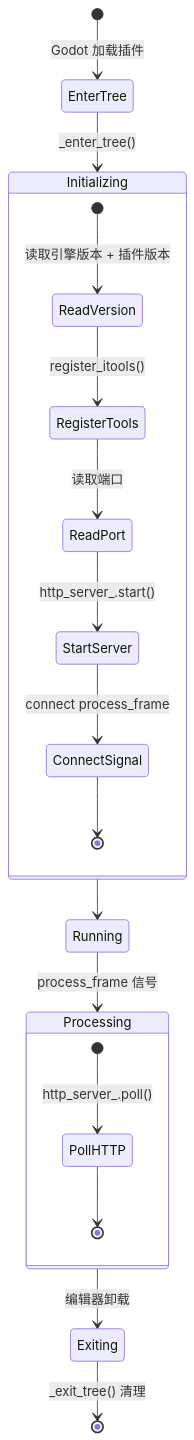
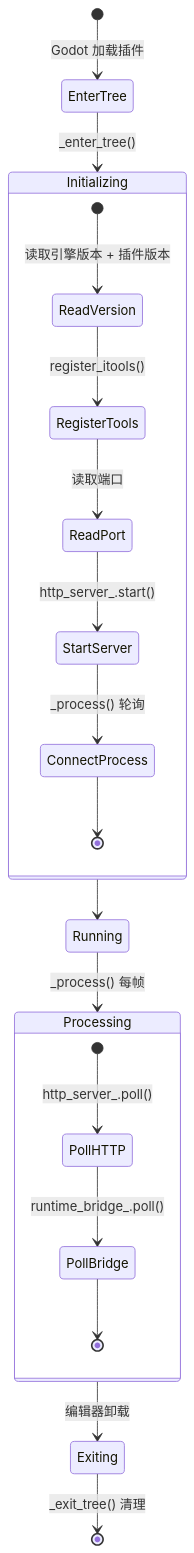
The third of 4 diagrams in docs/zh/guide/architecture.md (jesspig/GodotMCP-GDExtension), drawn with Mermaid before and after one commit. The commit also changed other lines of this file and 18 other files, not shown here.

````diff
--- a/docs/zh/guide/architecture.md
+++ b/docs/zh/guide/architecture.md
@@ -74,25 +80,26 @@
 ```mermaid
 stateDiagram-v2
     [*] --> EnterTree: Godot 加载插件
     EnterTree --> Initializing: _enter_tree()
     
     state Initializing {
         [*] --> ReadVersion: 读取引擎版本 + 插件版本
         ReadVersion --> RegisterTools: register_itools()
         RegisterTools --> ReadPort: 读取端口
         ReadPort --> StartServer: http_server_.start()
-        StartServer --> ConnectSignal: connect process_frame
-        ConnectSignal --> [*]
+        StartServer --> ConnectProcess: _process() 轮询
+        ConnectProcess --> [*]
     }
     
     Initializing --> Running
-    Running --> Processing: process_frame 信号
+    Running --> Processing: _process() 每帧
     
     state Processing {
         [*] --> PollHTTP: http_server_.poll()
-        PollHTTP --> [*]
+        PollHTTP --> PollBridge: runtime_bridge_.poll()
+        PollBridge --> [*]
     }
     
     Processing --> Exiting: 编辑器卸载
     Exiting --> [*]: _exit_tree() 清理
 ```
````
